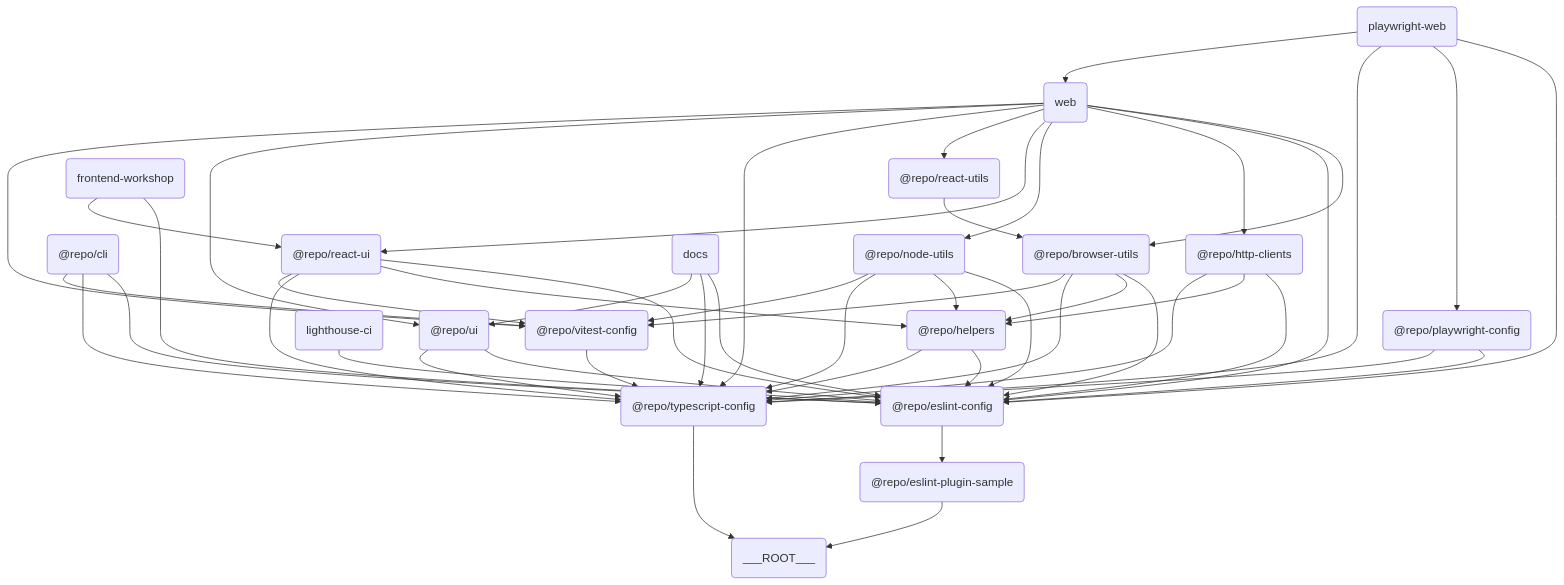
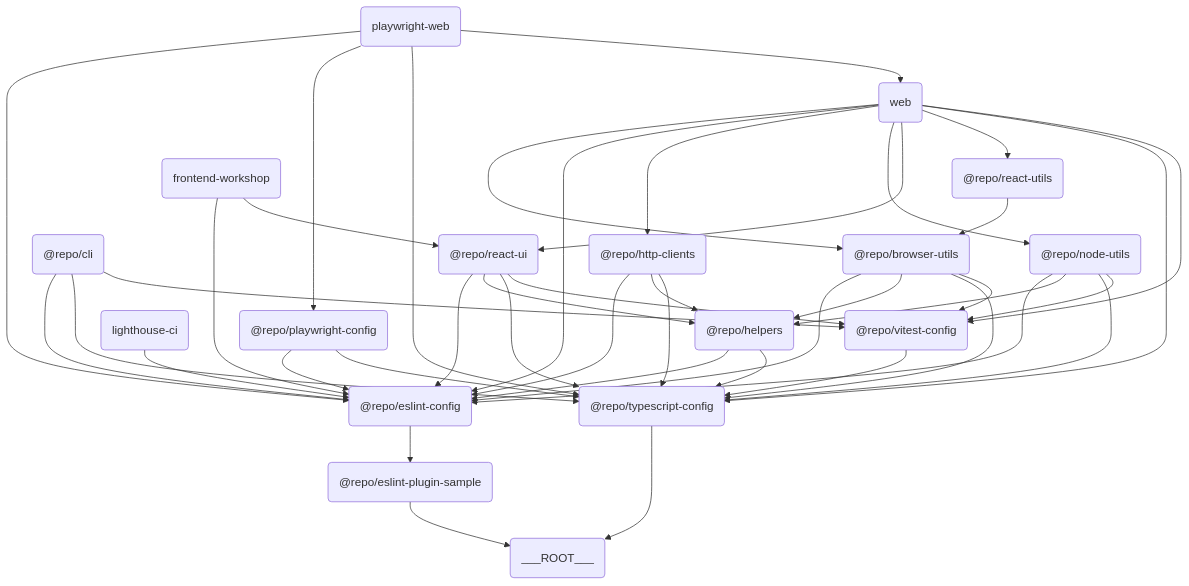
One commit to iamhoonse-dev/turborepo-template changed the diagram in README.md. Above: the diagram before and after it, drawn with Mermaid.

Commit message:
docs(readme): 프로젝트 루트 README 에서 워크스페이스 제거 작업 반영하여 구성 요소 간 관계도 업데이트

````diff
--- a/README.md
+++ b/README.md
@@ -14,51 +14,45 @@
 ```mermaid
 graph TD
     QHZT("@repo/browser-utils") --> ETTT("@repo/eslint-config")
     QHZT("@repo/browser-utils") --> JEGP("@repo/helpers")
     QHZT("@repo/browser-utils") --> EMLE("@repo/typescript-config")
     QHZT("@repo/browser-utils") --> LRHC("@repo/vitest-config")
     GLAO("@repo/cli") --> ETTT("@repo/eslint-config")
     GLAO("@repo/cli") --> EMLE("@repo/typescript-config")
     GLAO("@repo/cli") --> LRHC("@repo/vitest-config")
     ETTT("@repo/eslint-config") --> VELR("@repo/eslint-plugin-sample")
     VELR("@repo/eslint-plugin-sample") --> TXWC("___ROOT___")
     JEGP("@repo/helpers") --> ETTT("@repo/eslint-config")
     JEGP("@repo/helpers") --> EMLE("@repo/typescript-config")
     WCIN("@repo/http-clients") --> ETTT("@repo/eslint-config")
     WCIN("@repo/http-clients") --> JEGP("@repo/helpers")
     WCIN("@repo/http-clients") --> EMLE("@repo/typescript-config")
     TPBW("@repo/node-utils") --> ETTT("@repo/eslint-config")
     TPBW("@repo/node-utils") --> JEGP("@repo/helpers")
     TPBW("@repo/node-utils") --> EMLE("@repo/typescript-config")
     TPBW("@repo/node-utils") --> LRHC("@repo/vitest-config")
     BHWE("@repo/playwright-config") --> ETTT("@repo/eslint-config")
     BHWE("@repo/playwright-config") --> EMLE("@repo/typescript-config")
     MKNG("@repo/react-ui") --> ETTT("@repo/eslint-config")
     MKNG("@repo/react-ui") --> JEGP("@repo/helpers")
     MKNG("@repo/react-ui") --> EMLE("@repo/typescript-config")
     MKNG("@repo/react-ui") --> LRHC("@repo/vitest-config")
     IRKD("@repo/react-utils") --> QHZT("@repo/browser-utils")
     EMLE("@repo/typescript-config") --> TXWC("___ROOT___")
-    UWBQ("@repo/ui") --> ETTT("@repo/eslint-config")
-    UWBQ("@repo/ui") --> EMLE("@repo/typescript-config")
     LRHC("@repo/vitest-config") --> EMLE("@repo/typescript-config")
-    FBWM("docs") --> ETTT("@repo/eslint-config")
-    FBWM("docs") --> EMLE("@repo/typescript-config")
-    FBWM("docs") --> UWBQ("@repo/ui")
-    NRTE("frontend-workshop") --> ETTT("@repo/eslint-config")
-    NRTE("frontend-workshop") --> MKNG("@repo/react-ui")
-    GVMR("lighthouse-ci") --> ETTT("@repo/eslint-config")
-    ITTZ("playwright-web") --> ETTT("@repo/eslint-config")
-    ITTZ("playwright-web") --> BHWE("@repo/playwright-config")
-    ITTZ("playwright-web") --> EMLE("@repo/typescript-config")
-    ITTZ("playwright-web") --> VXGS("web")
-    VXGS("web") --> QHZT("@repo/browser-utils")
-    VXGS("web") --> ETTT("@repo/eslint-config")
-    VXGS("web") --> WCIN("@repo/http-clients")
-    VXGS("web") --> TPBW("@repo/node-utils")
-    VXGS("web") --> MKNG("@repo/react-ui")
-    VXGS("web") --> IRKD("@repo/react-utils")
-    VXGS("web") --> EMLE("@repo/typescript-config")
-    VXGS("web") --> UWBQ("@repo/ui")
-    VXGS("web") --> LRHC("@repo/vitest-config")
+    UWBQ("frontend-workshop") --> ETTT("@repo/eslint-config")
+    UWBQ("frontend-workshop") --> MKNG("@repo/react-ui")
+    FBWM("lighthouse-ci") --> ETTT("@repo/eslint-config")
+    NRTE("playwright-web") --> ETTT("@repo/eslint-config")
+    NRTE("playwright-web") --> BHWE("@repo/playwright-config")
+    NRTE("playwright-web") --> EMLE("@repo/typescript-config")
+    NRTE("playwright-web") --> GVMR("web")
+    GVMR("web") --> QHZT("@repo/browser-utils")
+    GVMR("web") --> ETTT("@repo/eslint-config")
+    GVMR("web") --> WCIN("@repo/http-clients")
+    GVMR("web") --> TPBW("@repo/node-utils")
+    GVMR("web") --> MKNG("@repo/react-ui")
+    GVMR("web") --> IRKD("@repo/react-utils")
+    GVMR("web") --> EMLE("@repo/typescript-config")
+    GVMR("web") --> LRHC("@repo/vitest-config")
 ```
````
